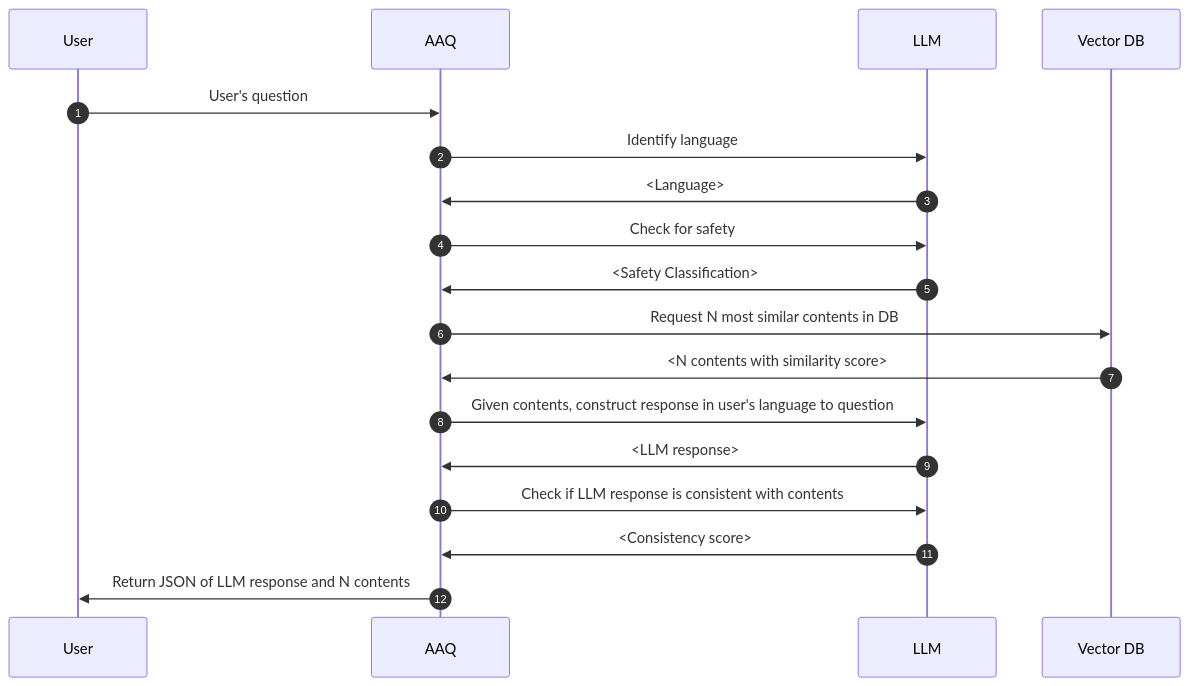
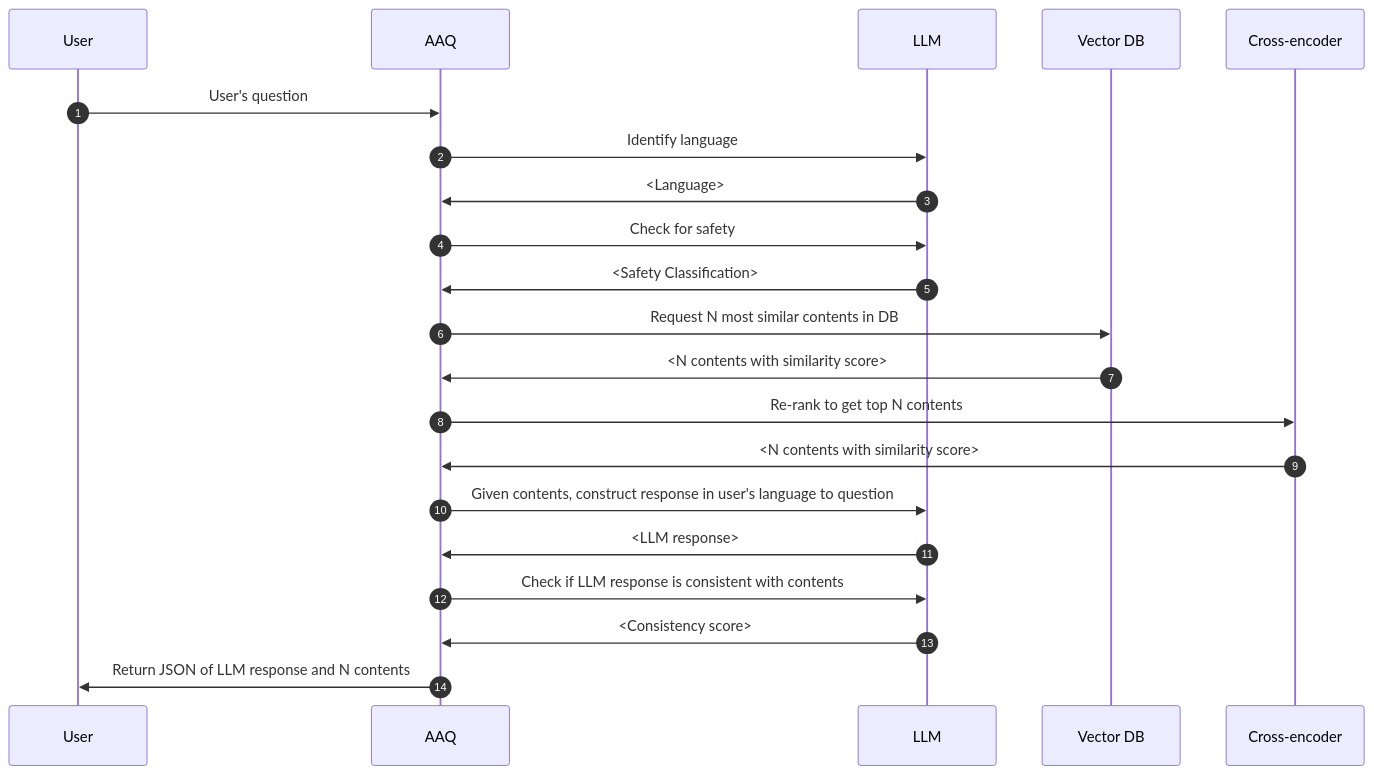
One commit to IDinsight/ask-a-question changed the second of 3 diagrams in docs/components/qa-service/search.md. Above: the diagram before and after it, drawn with Mermaid. The commit also changed other lines of this file, not shown here.

Commit message:
updated diagram

````diff
--- a/docs/components/qa-service/search.md
+++ b/docs/components/qa-service/search.md
@@ -30,17 +32,19 @@
 ```mermaid
 sequenceDiagram
   autonumber
   User->>AAQ: User's question
   AAQ->>LLM: Identify language
   LLM->>AAQ: <Language>
   AAQ->>LLM: Check for safety
   LLM->>AAQ: <Safety Classification>
   AAQ->>Vector DB: Request N most similar contents in DB
   Vector DB->>AAQ: <N contents with similarity score>
+  AAQ->>Cross-encoder: Re-rank to get top N contents
+  Cross-encoder->>AAQ: <N contents with similarity score>
   AAQ->>LLM: Given contents, construct response in user's language to question
   LLM->>AAQ: <LLM response>
   AAQ->>LLM: Check if LLM response is consistent with contents
   LLM->>AAQ: <Consistency score>
   AAQ->>User: Return JSON of LLM response and N contents
 
 ```
````
